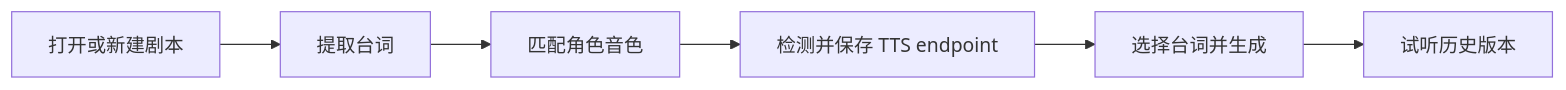
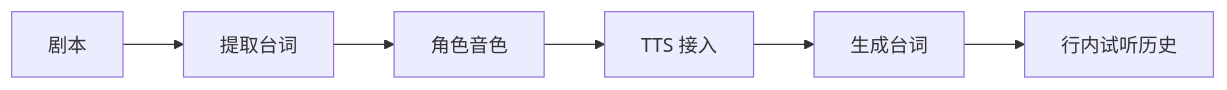
One commit to XucroYuri/TTS_more changed the diagram in docs/minimal-workbench-audit.md. Above: the diagram before and after it, drawn with Mermaid. The commit also changed other lines of this file and 2 other files, not shown here.

````diff
--- a/docs/minimal-workbench-audit.md
+++ b/docs/minimal-workbench-audit.md
@@ -21,8 +9,8 @@
 ```mermaid
 flowchart LR
-  A["打开或新建剧本"] --> B["提取台词"]
-  B --> C["匹配角色音色"]
-  C --> D["检测并保存 TTS endpoint"]
-  D --> E["选择台词并生成"]
-  E --> F["试听历史版本"]
+  A["剧本"] --> B["提取台词"]
+  B --> C["角色音色"]
+  C --> D["TTS 接入"]
+  D --> E["生成台词"]
+  E --> F["行内试听历史"]
 ```
````
